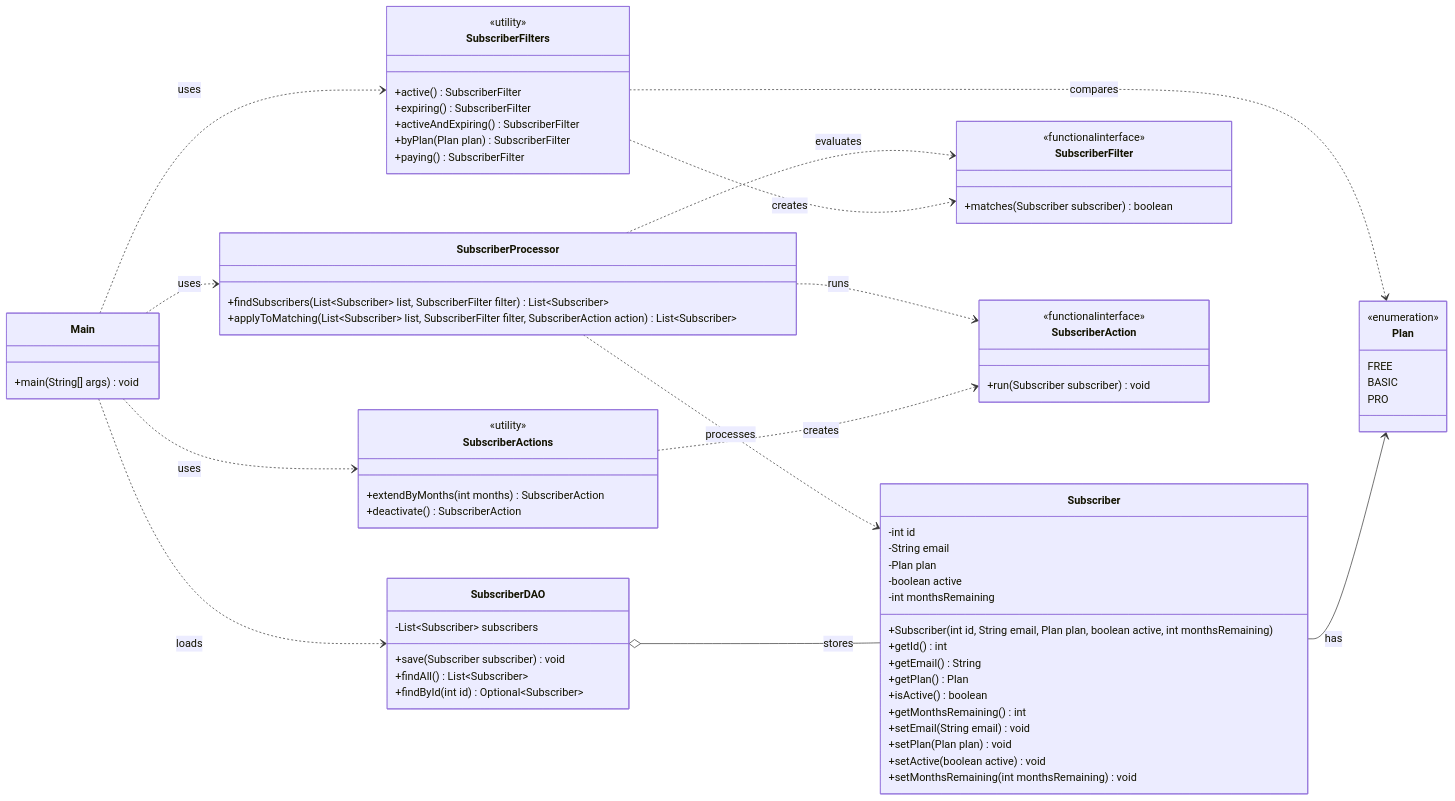
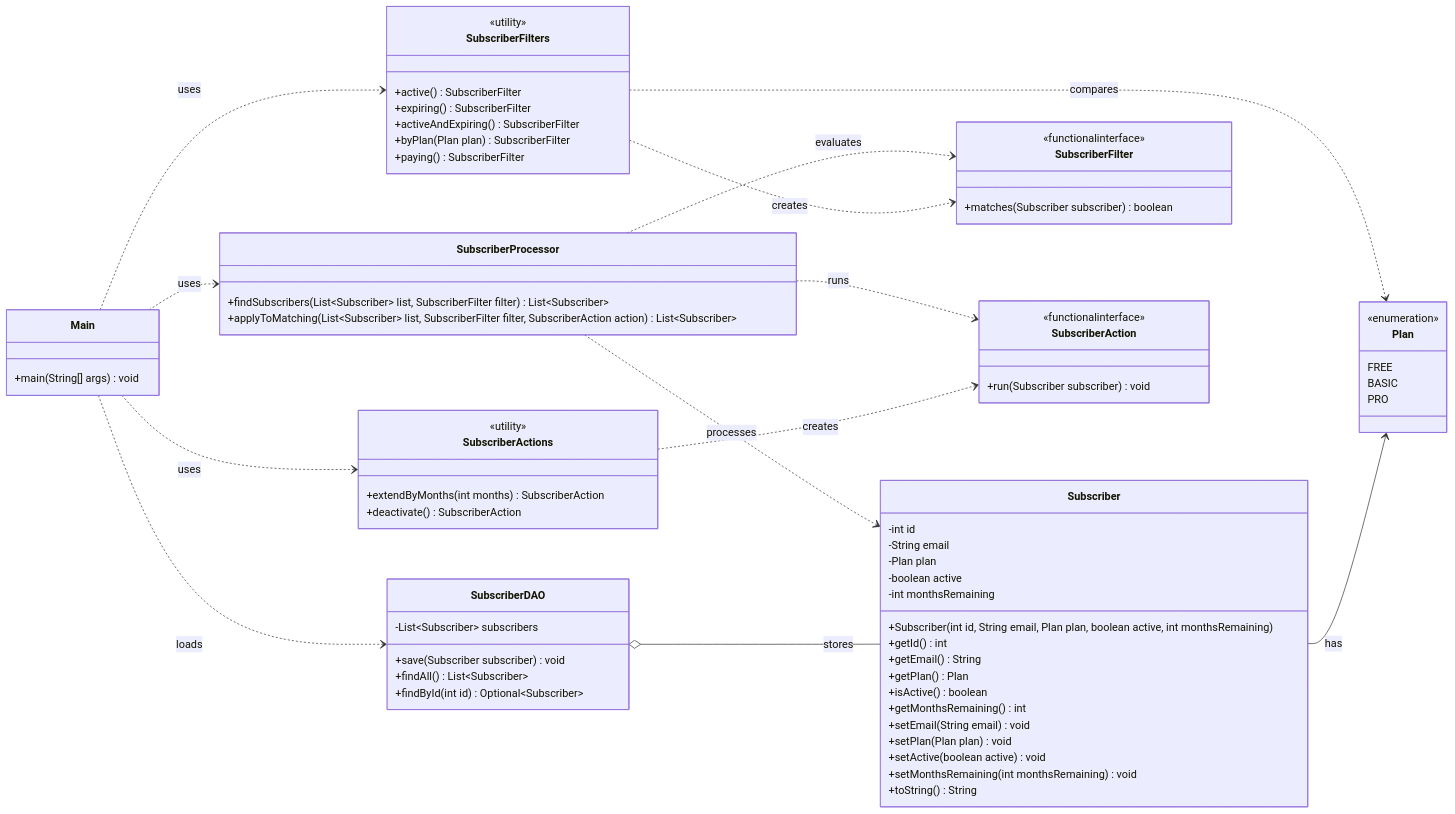
The diagram in docs/technical-uml.md (jackaldzn-blip/functional-programming-workshop), drawn with Mermaid before and after one commit. The commit also changed other lines of this file and 5 other files, not shown here.

```diff
--- a/docs/technical-uml.md
+++ b/docs/technical-uml.md
@@ -29,6 +29,7 @@
         +setPlan(Plan plan) void
         +setActive(boolean active) void
         +setMonthsRemaining(int monthsRemaining) void
+        +toString() String
     }
 
     class SubscriberDAO {
```
